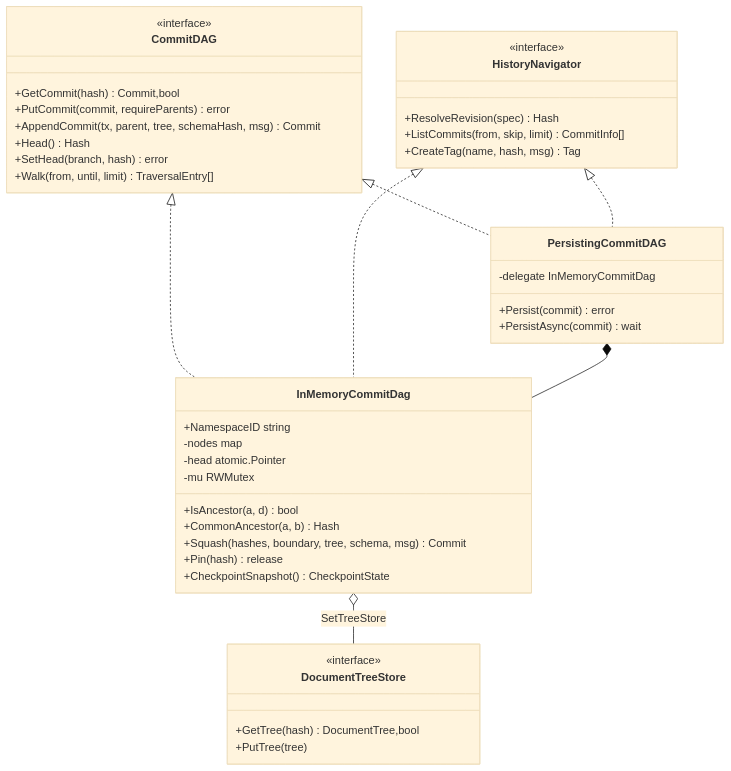
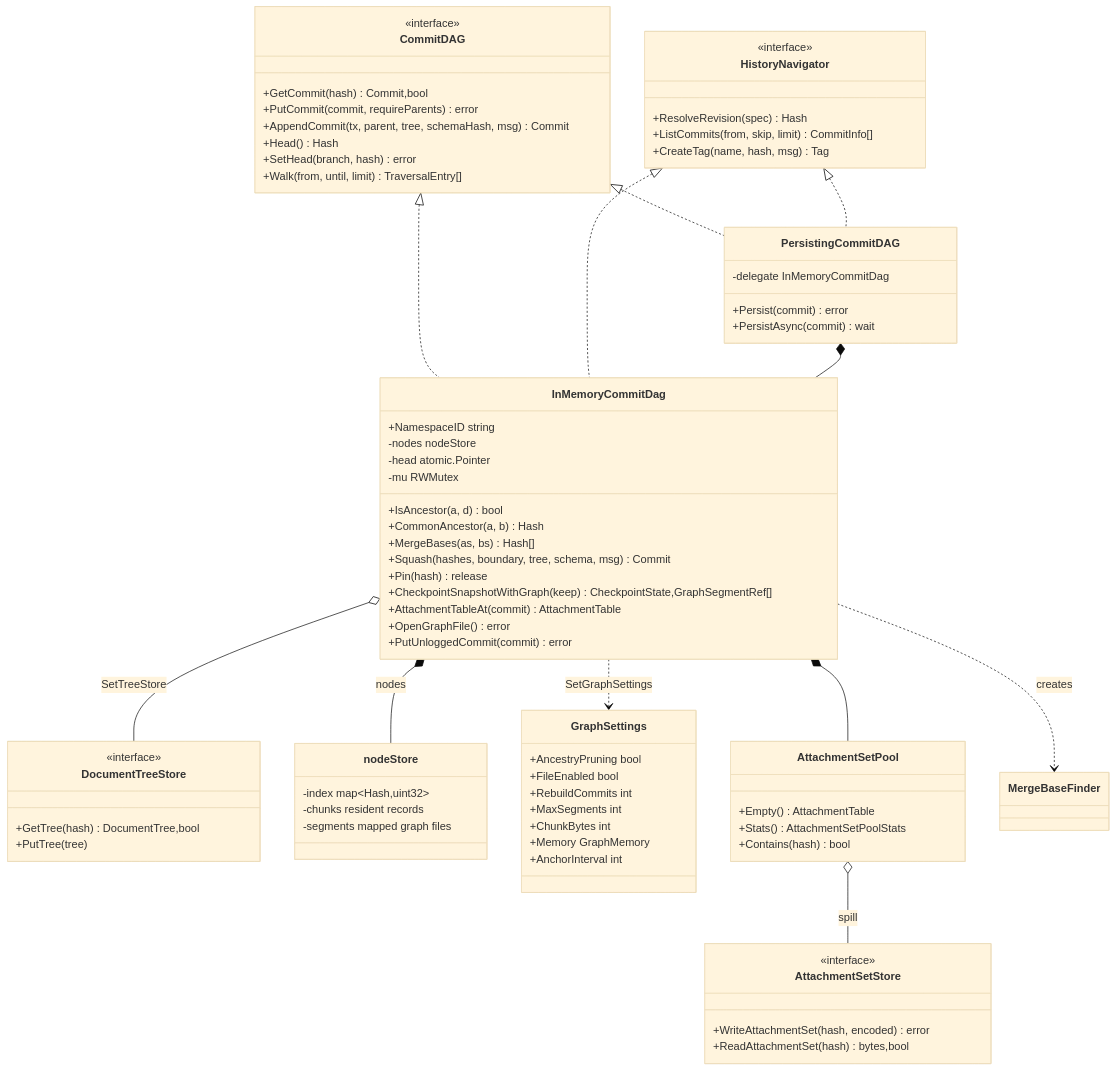
Before and after one commit to dbeasty/kdb: the fourth of 13 diagrams in docs/kdb-class-design.md, drawn with Mermaid (base theme). The commit also changed other lines of this file and 36 other files, not shown here.

First line of the commit message:
docs: refresh class design and flows against main of 2026-10-23

````diff
--- a/docs/kdb-class-design.md
+++ b/docs/kdb-class-design.md
@@ -521,45 +676,78 @@
 ```mermaid
 classDiagram
   class CommitDAG {
     <<interface>>
     +GetCommit(hash) Commit,bool
     +PutCommit(commit, requireParents) error
     +AppendCommit(tx, parent, tree, schemaHash, msg) Commit
     +Head() Hash
     +SetHead(branch, hash) error
     +Walk(from, until, limit) TraversalEntry[]
   }
   class HistoryNavigator {
     <<interface>>
     +ResolveRevision(spec) Hash
     +ListCommits(from, skip, limit) CommitInfo[]
     +CreateTag(name, hash, msg) Tag
   }
   class DocumentTreeStore {
     <<interface>>
     +GetTree(hash) DocumentTree,bool
     +PutTree(tree)
   }
   class InMemoryCommitDag {
     +NamespaceID string
-    -nodes map
+    -nodes nodeStore
     -head atomic.Pointer
     -mu RWMutex
     +IsAncestor(a, d) bool
     +CommonAncestor(a, b) Hash
+    +MergeBases(as, bs) Hash[]
     +Squash(hashes, boundary, tree, schema, msg) Commit
     +Pin(hash) release
-    +CheckpointSnapshot() CheckpointState
+    +CheckpointSnapshotWithGraph(keep) CheckpointState,GraphSegmentRef[]
+    +AttachmentTableAt(commit) AttachmentTable
+    +OpenGraphFile() error
+    +PutUnloggedCommit(commit) error
+  }
+  class nodeStore {
+    -index map~Hash,uint32~
+    -chunks resident records
+    -segments mapped graph files
+  }
+  class GraphSettings {
+    +AncestryPruning bool
+    +FileEnabled bool
+    +RebuildCommits int
+    +MaxSegments int
+    +ChunkBytes int
+    +Memory GraphMemory
+    +AnchorInterval int
+  }
+  class AttachmentSetPool {
+    +Empty() AttachmentTable
+    +Stats() AttachmentSetPoolStats
+    +Contains(hash) bool
+  }
+  class AttachmentSetStore {
+    <<interface>>
+    +WriteAttachmentSet(hash, encoded) error
+    +ReadAttachmentSet(hash) bytes,bool
   }
   class PersistingCommitDAG {
     -delegate InMemoryCommitDag
     +Persist(commit) error
     +PersistAsync(commit) wait
   }
   CommitDAG <|.. InMemoryCommitDag
   CommitDAG <|.. PersistingCommitDAG
   HistoryNavigator <|.. InMemoryCommitDag
   HistoryNavigator <|.. PersistingCommitDAG
   PersistingCommitDAG *-- InMemoryCommitDag
   InMemoryCommitDag o-- DocumentTreeStore : SetTreeStore
+  InMemoryCommitDag *-- nodeStore : nodes
+  InMemoryCommitDag ..> GraphSettings : SetGraphSettings
+  InMemoryCommitDag *-- AttachmentSetPool
+  AttachmentSetPool o-- AttachmentSetStore : spill
+  InMemoryCommitDag ..> MergeBaseFinder : creates
 ```
````
